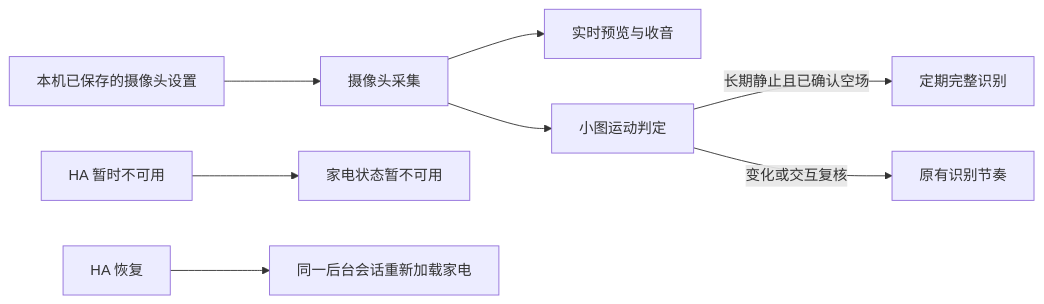
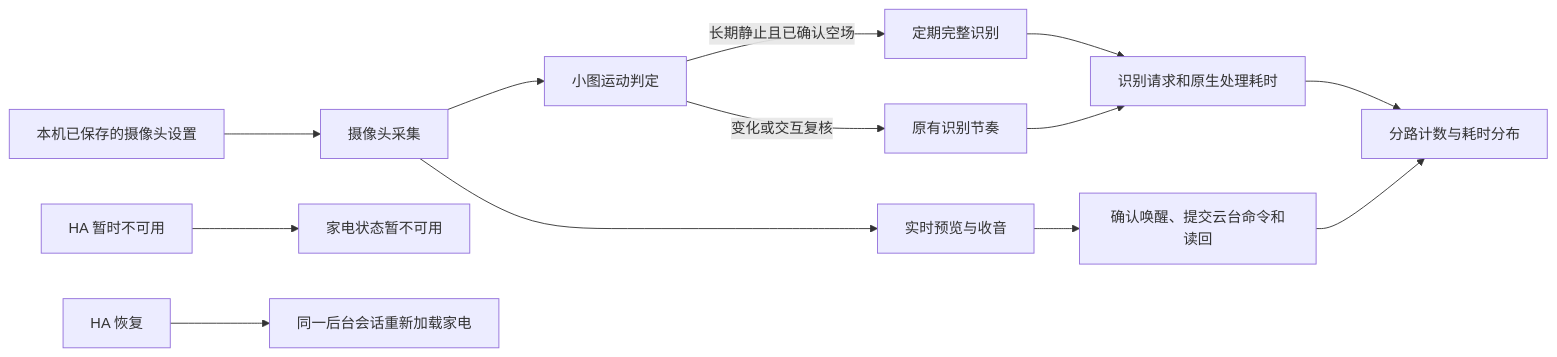
The second of 44 diagrams in docs/architecture.md (Geeprox/Friday), drawn with Mermaid before and after one commit. The commit also changed other lines of this file and 13 other files, not shown here.

````diff
--- a/docs/architecture.md
+++ b/docs/architecture.md
@@ -52,10 +52,15 @@
 ```mermaid
 flowchart LR
   F[摄像头采集] --> P[实时预览与收音]
   F --> M[小图运动判定]
   M -->|长期静止且已确认空场| S[定期完整识别]
   M -->|变化或交互复核| N[原有识别节奏]
+  S --> T[识别请求和原生处理耗时]
+  N --> T
+  P --> W[确认唤醒、提交云台命令和读回]
+  T --> B[分路计数与耗时分布]
+  W --> B
   D[本机已保存的摄像头设置] --> F
   H[HA 暂时不可用] --> L[家电状态暂不可用]
   R[HA 恢复] --> O[同一后台会话重新加载家电]
 ```
````
